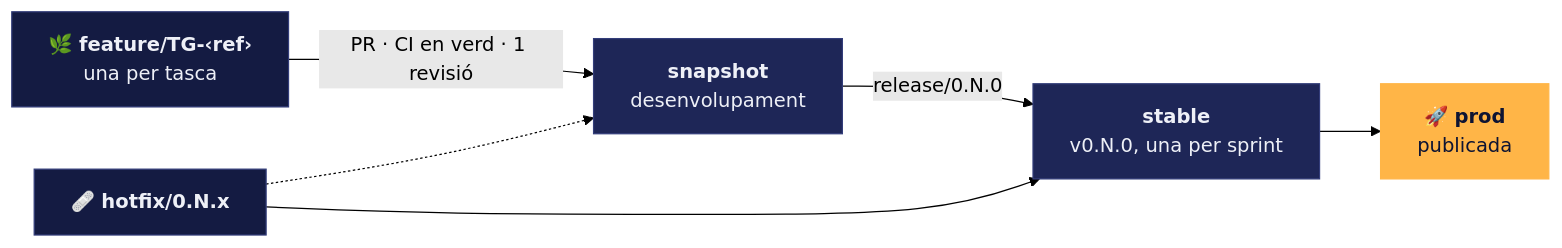
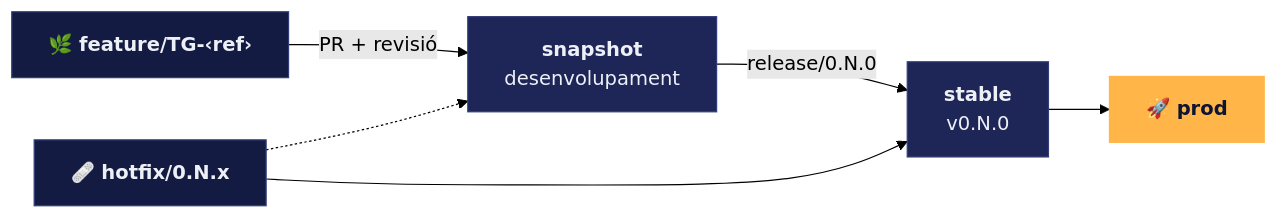
The second of 2 diagrams in README.md (pes2627q1-22-gei-upc/talaia), drawn with Mermaid (forest theme) before and after one commit.

Commit message:
docs: diagrama de git més estret perquè no el tapin els controls
Refs: TG-72

````diff
--- a/README.md
+++ b/README.md
@@ -121,12 +121,12 @@
 ```mermaid
 flowchart LR
-  F["🌿 <b>feature/TG-‹ref›</b><br/>una per tasca"]:::branca -->|"PR · CI en verd · 1 revisió"| S["<b>snapshot</b><br/>desenvolupament"]:::base
-  S -->|"release/0.N.0"| ST["<b>stable</b><br/>v0.N.0, una per sprint"]:::base
-  ST --> P["🚀 <b>prod</b><br/>publicada"]:::prod
+  F["🌿 <b>feature/TG-‹ref›</b>"]:::branca -->|"PR + revisió"| S["<b>snapshot</b><br/>desenvolupament"]:::base
+  S -->|"release/0.N.0"| ST["<b>stable</b><br/>v0.N.0"]:::base
+  ST --> P["🚀 <b>prod</b>"]:::prod
   HF["🩹 <b>hotfix/0.N.x</b>"]:::branca --> ST
   HF -.-> S
 
   classDef branca fill:#141B42,stroke:#333D7A,color:#EEF0F7
   classDef base fill:#1E2657,stroke:#333D7A,color:#EEF0F7
   classDef prod fill:#FFB547,stroke:#FFB547,color:#0E1433
 ```
````
